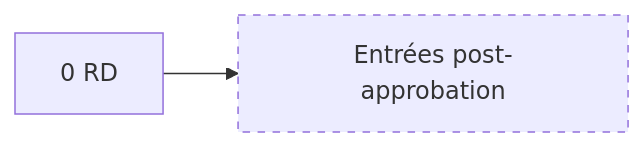
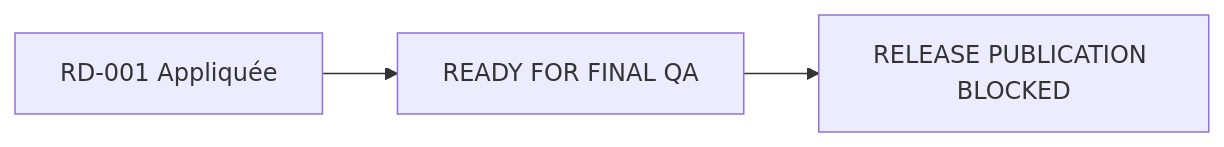
One commit to JavaChrist/Tai-Chi-AI-Coach changed the first of 5 diagrams in docs/runtime/14_DECISIONS_RUNTIME.md. Above: the diagram before and after it, drawn with Mermaid. The commit also changed other lines of this file and 14 other files, not shown here.

````diff
--- a/docs/runtime/14_DECISIONS_RUNTIME.md
+++ b/docs/runtime/14_DECISIONS_RUNTIME.md
@@ -51,5 +66,5 @@
 ```mermaid
 flowchart LR
-  Z[0 RD] --> Futur[Entrées post-approbation]
-  style Futur stroke-dasharray: 5 5
+  RD001[RD-001 Appliquée] --> QA[READY FOR FINAL QA]
+  QA --> Pub[RELEASE PUBLICATION BLOCKED]
 ```
````
